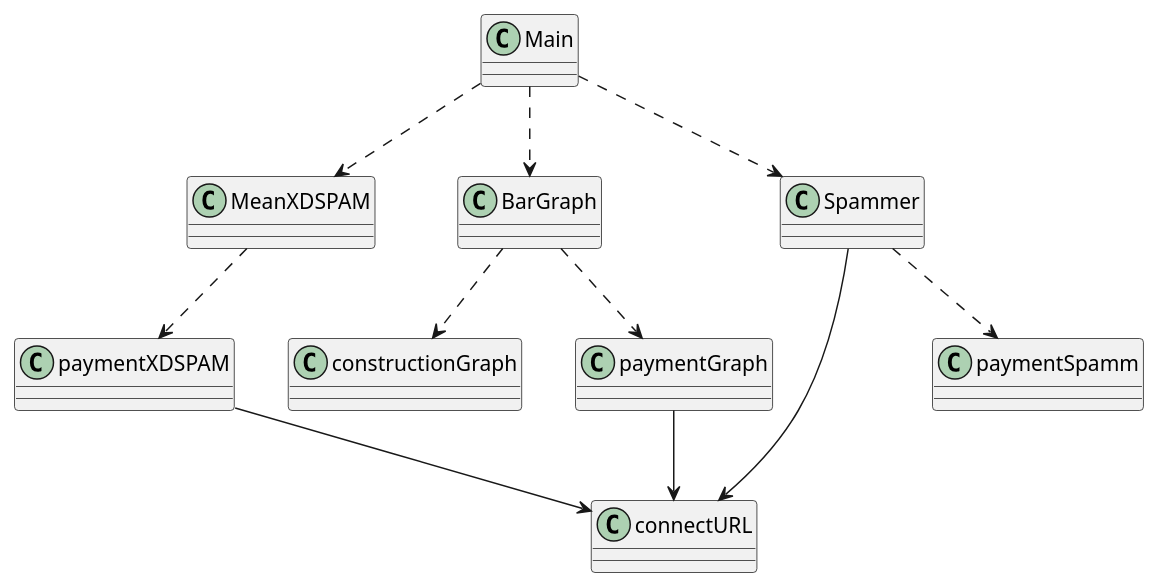
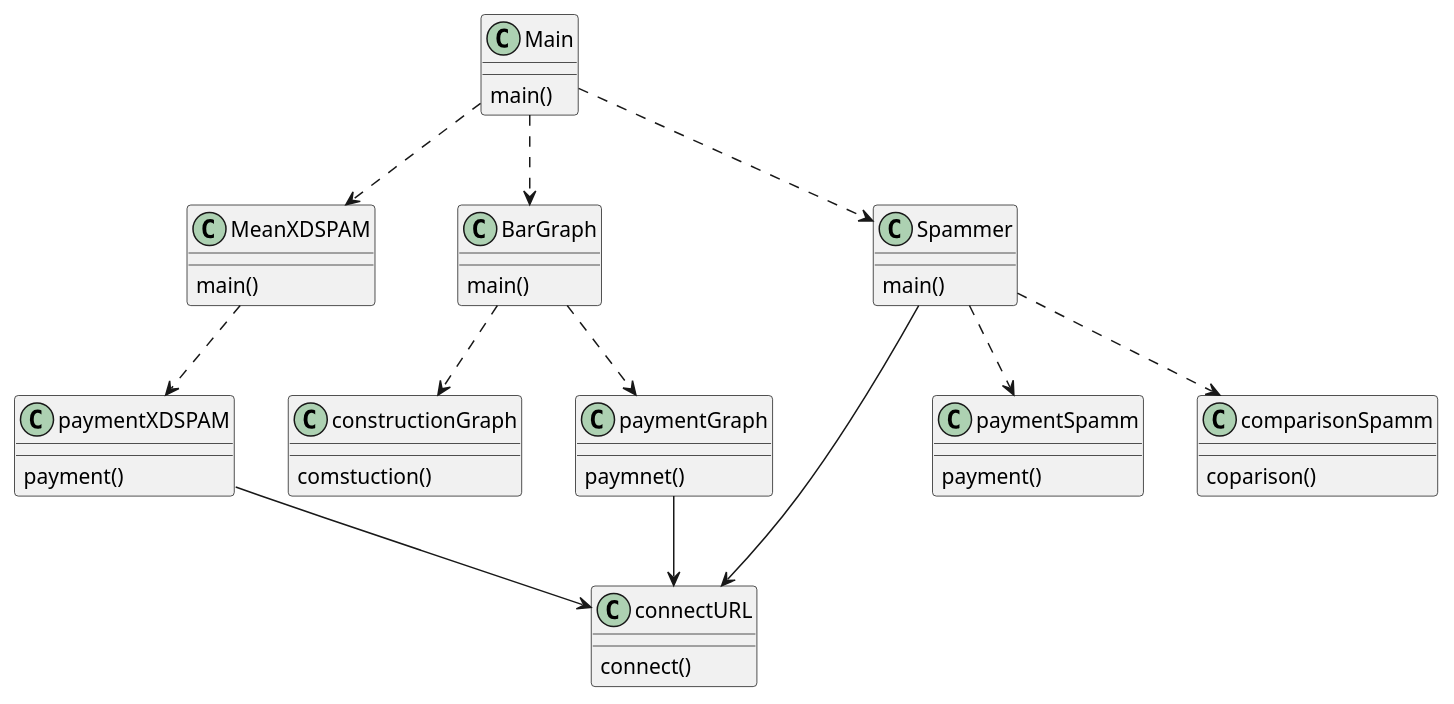
One commit to Aneryd/parsing_mail_2 changed the diagram in src/main/java/diagramm.puml. Above: the diagram before and after it, drawn with PlantUML. The commit also changed 2 other files, not shown here.

```diff
--- a/src/main/java/diagramm.puml
+++ b/src/main/java/diagramm.puml
@@ -1,15 +1,26 @@
 @startuml
 'https://plantuml.com/sequence-diagram
 
 Main ..> MeanXDSPAM
+Main : main()
 MeanXDSPAM ..> paymentXDSPAM
+MeanXDSPAM : main()
 paymentXDSPAM -->connectURL
+paymentXDSPAM : payment()
 Main ..> BarGraph
+BarGraph : main()
 BarGraph ..> constructionGraph
+constructionGraph : comstuction()
 BarGraph ..> paymentGraph
+paymentGraph : paymnet()
 paymentGraph -->connectURL
 Main ..> Spammer
+Spammer : main()
 Spammer -->connectURL
+connectURL : connect()
 Spammer ..> paymentSpamm
+paymentSpamm : payment()
+Spammer ..> comparisonSpamm
+comparisonSpamm : coparison()
 
 @enduml
```
